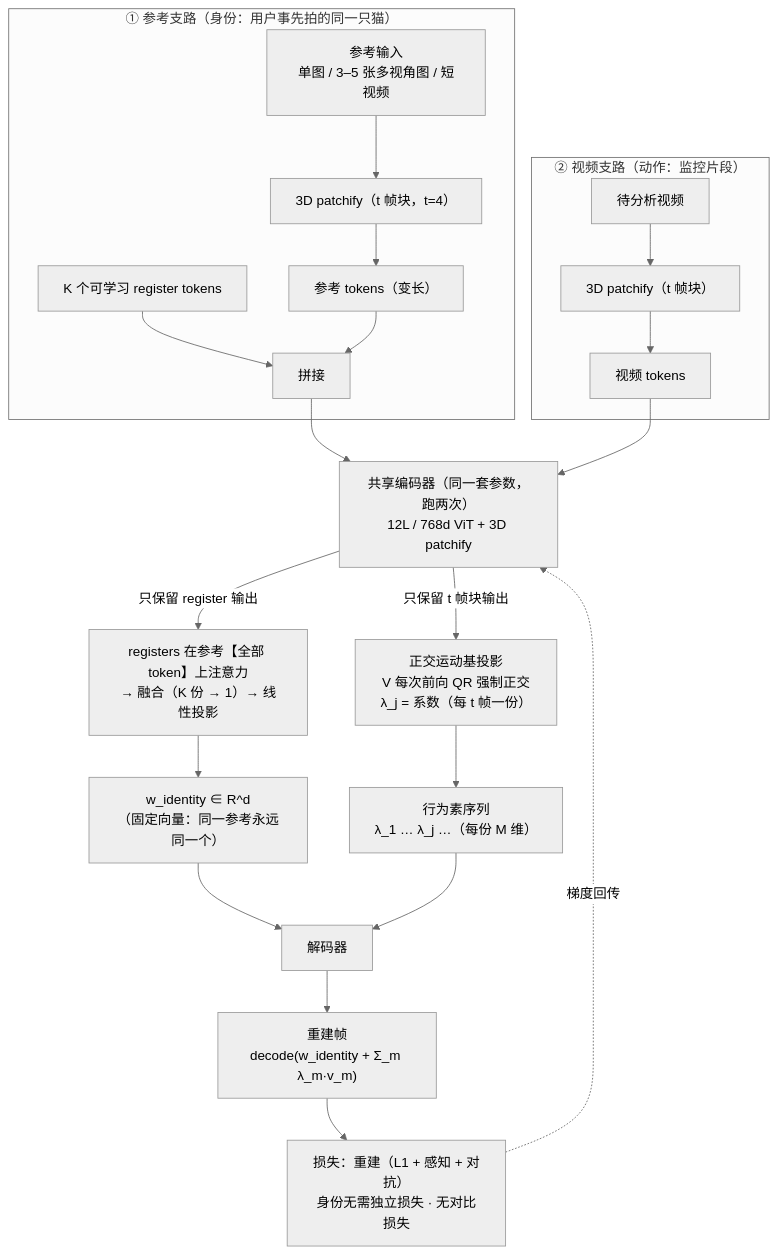
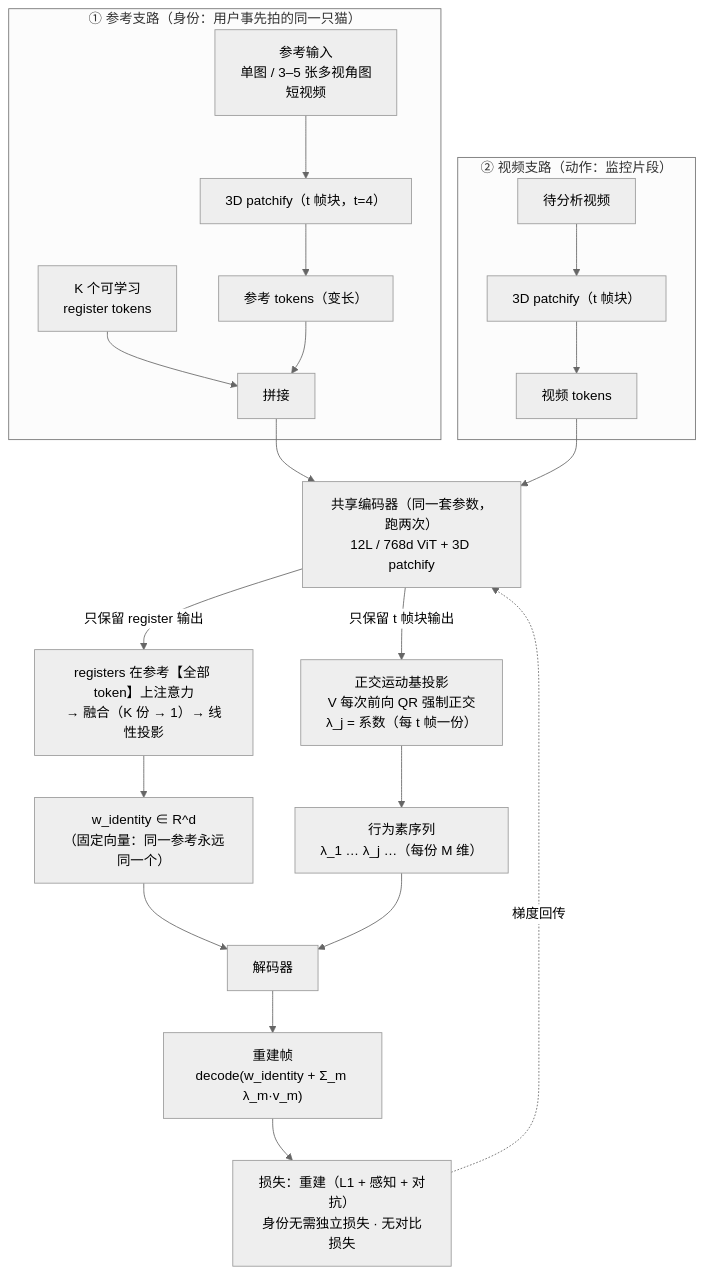
Before and after one commit to gongshangzheng/pet-action-recognition: the third of 5 diagrams in management/docs/action-model-design.md, drawn with Mermaid (neutral theme). The commit also changed other lines of this file and 2 other files, not shown here.

Commit message:
docs: 术语纠正（TIV→身份潜变量、TV→行为素）+ Mermaid 标签主动换行（长标签加 <br/>，skill 写入「每行 ≤14 字」规则）

````diff
--- a/management/docs/action-model-design.md
+++ b/management/docs/action-model-design.md
@@ -227,24 +227,24 @@
 ```mermaid
 flowchart TB
     subgraph REF["① 参考支路（身份：用户事先拍的同一只猫）"]
-        R1["参考输入<br/>单图 / 3–5 张多视角图 / 短视频"] --> R2["3D patchify（t 帧块，t=4）"]
+        R1["参考输入<br/>单图 / 3–5 张多视角图<br/>短视频"] --> R2["3D patchify（t 帧块，t=4）"]
         R2 --> R3["参考 tokens（变长）"]
-        RK["K 个可学习 register tokens"] --> CAT["拼接"]
+        RK["K 个可学习<br/>register tokens"] --> CAT["拼接"]
         R3 --> CAT
     end
     subgraph VID["② 视频支路（动作：监控片段）"]
         V1["待分析视频"] --> V2["3D patchify（t 帧块）"]
         V2 --> V3["视频 tokens"]
     end
     CAT --> ENC["共享编码器（同一套参数，跑两次）<br/>12L / 768d ViT + 3D patchify"]
     V3 --> ENC
     ENC -->|"只保留 register 输出"| AGG["registers 在参考【全部 token】上注意力<br/>→ 融合（K 份 → 1）→ 线性投影"]
     ENC -->|"只保留 t 帧块输出"| ORT["正交运动基投影<br/>V 每次前向 QR 强制正交<br/>λ_j = 系数（每 t 帧一份）"]
     AGG --> WID["w_identity ∈ R^d<br/>（固定向量：同一参考永远同一个）"]
     ORT --> LAM["行为素序列<br/>λ_1 … λ_j …（每份 M 维）"]
     WID --> DEC["解码器"]
     LAM --> DEC
     DEC --> REC2["重建帧<br/>decode(w_identity + Σ_m λ_m·v_m)"]
     REC2 --> LOSS["损失：重建（L1 + 感知 + 对抗）<br/>身份无需独立损失 · 无对比损失"]
     LOSS -.->|"梯度回传"| ENC
 ```
````
